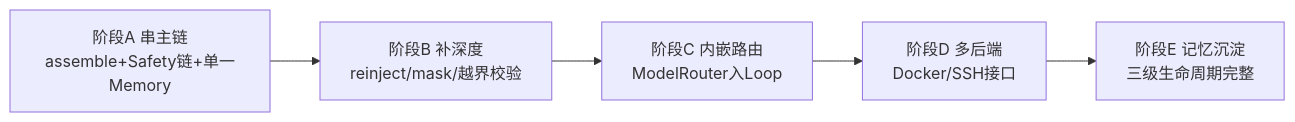
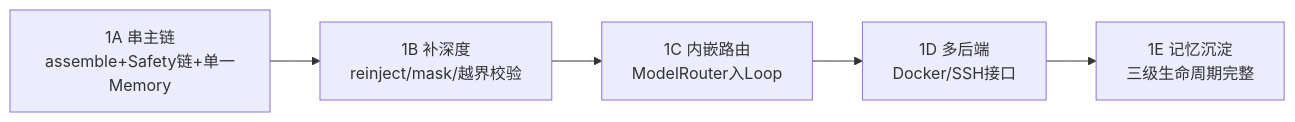
Before and after one commit to searchforsun/sunshinex: the third of 3 diagrams in docs/superpowers/specs/2026-09-04-harness-unified-spine-design.md, drawn with Mermaid. The commit also changed other lines of this file, not shown here.

Commit message:
docs: spec 阶段措辞对齐 ROADMAP（A-E → 1A-1E 子阶段）

````diff
--- a/docs/superpowers/specs/2026-09-04-harness-unified-spine-design.md
+++ b/docs/superpowers/specs/2026-09-04-harness-unified-spine-design.md
@@ -184,7 +184,7 @@
 ```mermaid
 graph LR
-  A[阶段A 串主链<br/>assemble+Safety链+单一Memory] --> B[阶段B 补深度<br/>reinject/mask/越界校验]
-  B --> C[阶段C 内嵌路由<br/>ModelRouter入Loop]
-  C --> D[阶段D 多后端<br/>Docker/SSH接口]
-  D --> E[阶段E 记忆沉淀<br/>三级生命周期完整]
+  A[1A 串主链<br/>assemble+Safety链+单一Memory] --> B[1B 补深度<br/>reinject/mask/越界校验]
+  B --> C[1C 内嵌路由<br/>ModelRouter入Loop]
+  C --> D[1D 多后端<br/>Docker/SSH接口]
+  D --> E[1E 记忆沉淀<br/>三级生命周期完整]
 ```
````
